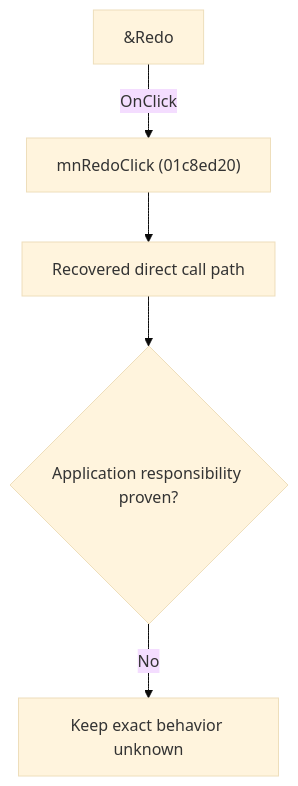
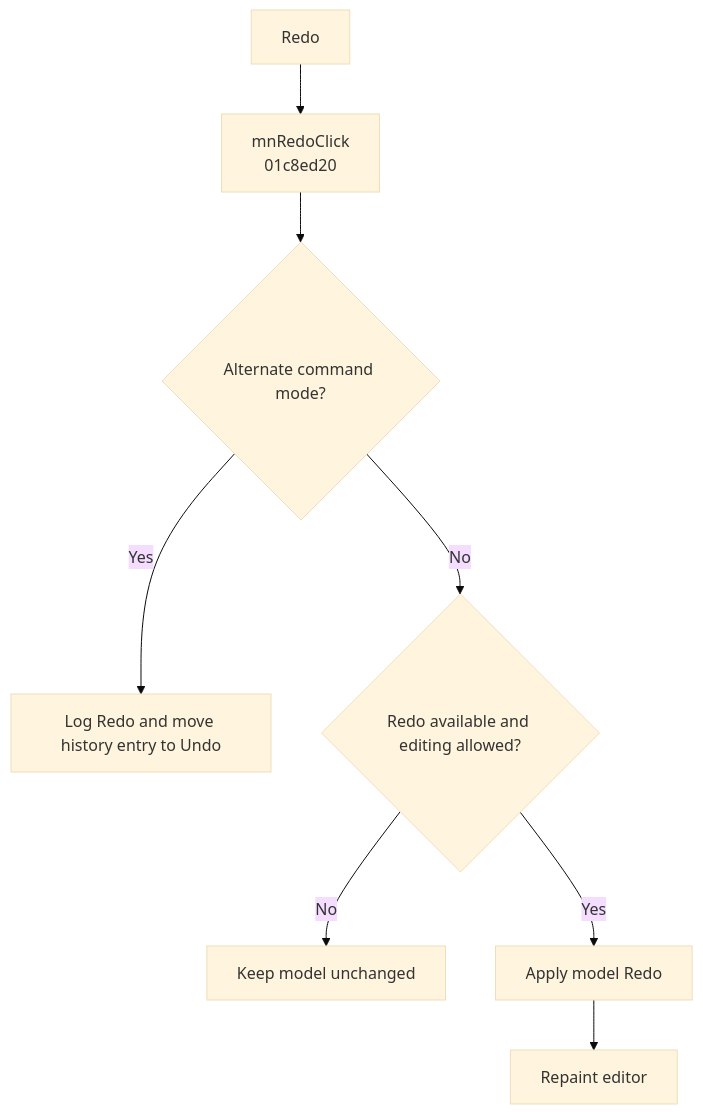
One commit to MovGP0/TIARA changed the diagram in docs/ui-controls/schematiceditor/mnredo-97b5ac8091.md. Above: the diagram before and after it, drawn with Mermaid (base theme). The commit also changed other lines of this file and 241 other files, not shown here.

````diff
--- a/docs/ui-controls/schematiceditor/mnredo-97b5ac8091.md
+++ b/docs/ui-controls/schematiceditor/mnredo-97b5ac8091.md
@@ -27,7 +27,10 @@
 ```mermaid
 flowchart TD
-    control["&Redo"] -->|"OnClick"| handler["mnRedoClick (01c8ed20)"]
-    handler --> recovered["Recovered direct call path"]
-    recovered --> gap{"Application responsibility proven?"}
-    gap -->|"No"| blocked["Keep exact behavior unknown"]
+    control["Redo"] --> handler["mnRedoClick<br/>01c8ed20"]
+    handler --> mode{"Alternate command mode?"}
+    mode -->|"Yes"| alternate["Log Redo and move history entry to Undo"]
+    mode -->|"No"| allowed{"Redo available and editing allowed?"}
+    allowed -->|"No"| noOp["Keep model unchanged"]
+    allowed -->|"Yes"| execute["Apply model Redo"]
+    execute --> repaint["Repaint editor"]
 ```
````
